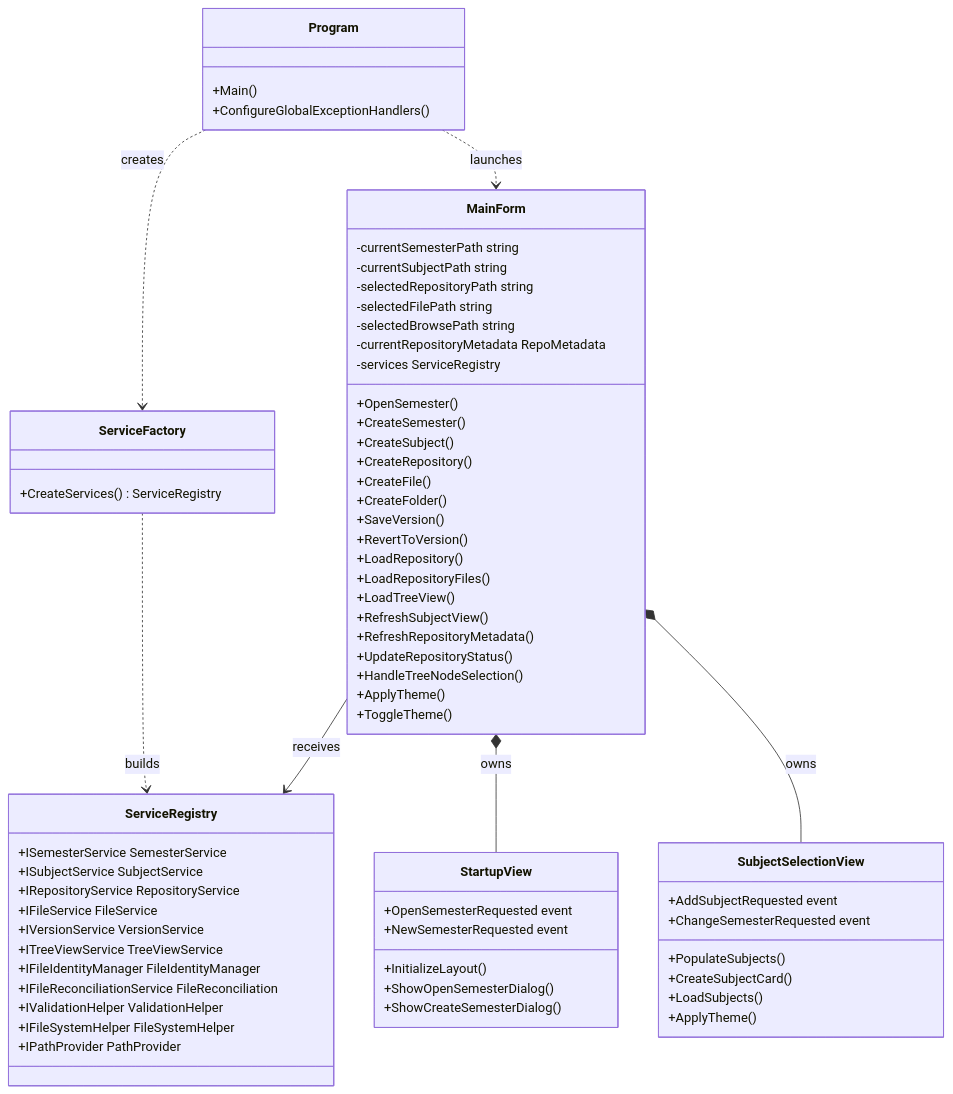
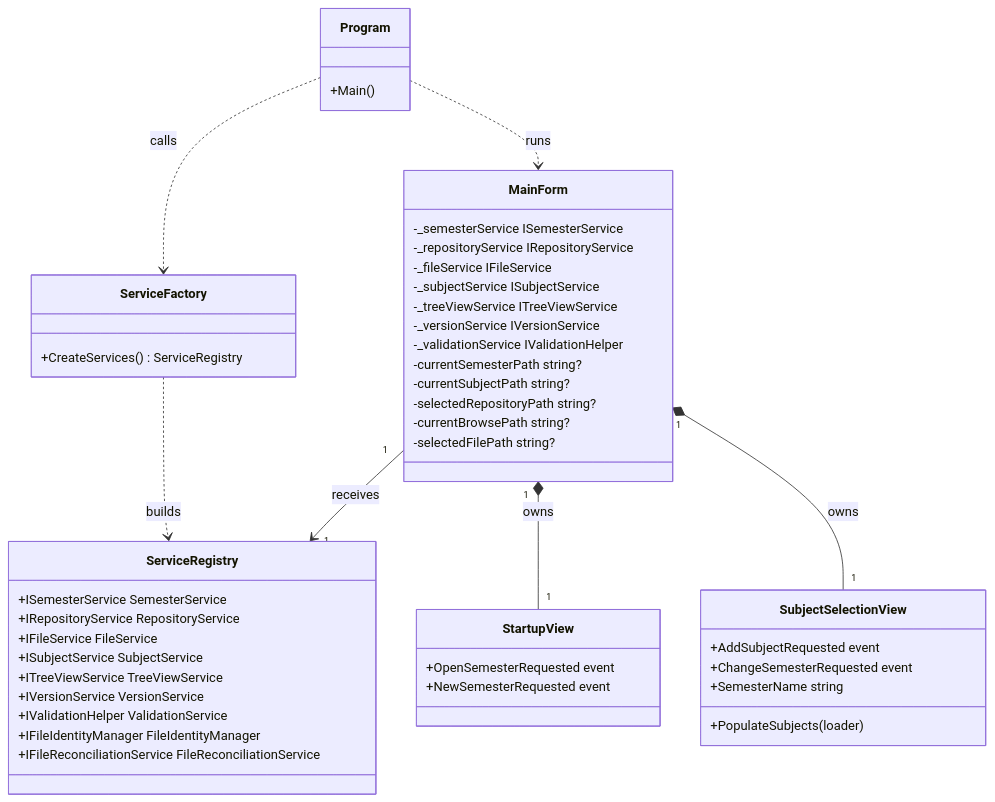
The first of 4 diagrams in README.md (Grizzly-val/IskolRepository), drawn with Mermaid before and after one commit. The commit also changed other lines of this file, not shown here.

````diff
--- a/README.md
+++ b/README.md
@@ -77,80 +77,60 @@
 ```mermaid
 classDiagram
   direction TB
 
   class Program {
     +Main()
-    +ConfigureGlobalExceptionHandlers()
   }
 
   class ServiceFactory {
     +CreateServices() ServiceRegistry
   }
 
   class ServiceRegistry {
     +ISemesterService SemesterService
-    +ISubjectService SubjectService
     +IRepositoryService RepositoryService
     +IFileService FileService
+    +ISubjectService SubjectService
+    +ITreeViewService TreeViewService
     +IVersionService VersionService
-    +ITreeViewService TreeViewService
+    +IValidationHelper ValidationService
     +IFileIdentityManager FileIdentityManager
-    +IFileReconciliationService FileReconciliation
-    +IValidationHelper ValidationHelper
-    +IFileSystemHelper FileSystemHelper
-    +IPathProvider PathProvider
+    +IFileReconciliationService FileReconciliationService
   }
 
   class MainForm {
-    -currentSemesterPath string
-    -currentSubjectPath string
-    -selectedRepositoryPath string
-    -selectedFilePath string
-    -selectedBrowsePath string
-    -currentRepositoryMetadata RepoMetadata
-    -services ServiceRegistry
-
-    +OpenSemester()
-    +CreateSemester()
-    +CreateSubject()
-    +CreateRepository()
-    +CreateFile()
-    +CreateFolder()
-    +SaveVersion()
-    +RevertToVersion()
-    +LoadRepository()
-    +LoadRepositoryFiles()
-    +LoadTreeView()
-    +RefreshSubjectView()
-    +RefreshRepositoryMetadata()
-    +UpdateRepositoryStatus()
-    +HandleTreeNodeSelection()
-    +ApplyTheme()
-    +ToggleTheme()
+    -_semesterService ISemesterService
+    -_repositoryService IRepositoryService
+    -_fileService IFileService
+    -_subjectService ISubjectService
+    -_treeViewService ITreeViewService
+    -_versionService IVersionService
+    -_validationService IValidationHelper
+    -currentSemesterPath string?
+    -currentSubjectPath string?
+    -selectedRepositoryPath string?
+    -currentBrowsePath string?
+    -selectedFilePath string?
   }
 
   class StartupView {
     +OpenSemesterRequested event
     +NewSemesterRequested event
-    +InitializeLayout()
-    +ShowOpenSemesterDialog()
-    +ShowCreateSemesterDialog()
   }
 
   class SubjectSelectionView {
     +AddSubjectRequested event
     +ChangeSemesterRequested event
-    +PopulateSubjects()
-    +CreateSubjectCard()
-    +LoadSubjects()
-    +ApplyTheme()
+    +SemesterName string
+    +PopulateSubjects(loader)
   }
 
-  Program ..> ServiceFactory : creates
-  Program ..> MainForm : launches
+  Program ..> ServiceFactory : calls
+  Program ..> MainForm : runs
   ServiceFactory ..> ServiceRegistry : builds
 
-  MainForm --> ServiceRegistry : receives
-  MainForm *-- StartupView : owns
-  MainForm *-- SubjectSelectionView : owns
+  MainForm "1" *-- "1" StartupView : owns
+  MainForm "1" *-- "1" SubjectSelectionView : owns
+  MainForm "1" --> "1" ServiceRegistry : receives
+
 ```
````
